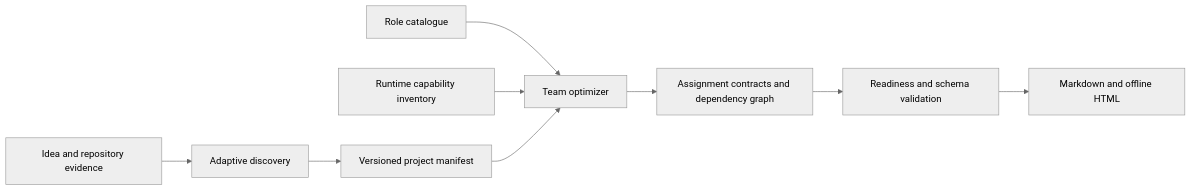
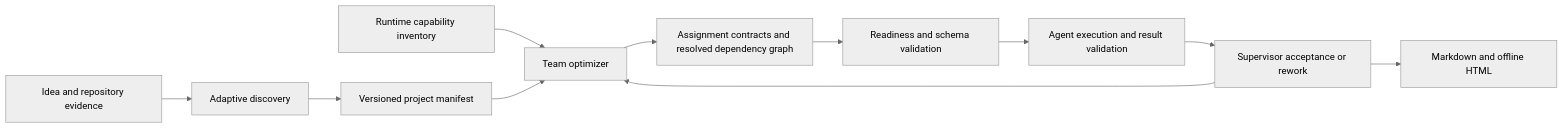
The diagram in references/architecture.md (trinadhthatakula/ProjectForge), drawn with Mermaid (neutral theme) before and after one commit. The commit also changed other lines of this file and 17 other files, not shown here.

````diff
--- a/references/architecture.md
+++ b/references/architecture.md
@@ -22,11 +22,13 @@
 ```mermaid
 flowchart LR
   I[Idea and repository evidence] --> D[Adaptive discovery]
   D --> M[Versioned project manifest]
   R[Role catalogue] --> T[Team optimizer]
   C[Runtime capability inventory] --> T
   M --> T
-  T --> A[Assignment contracts and dependency graph]
+  T --> A[Assignment contracts and resolved dependency graph]
   A --> V[Readiness and schema validation]
-  V --> G[Markdown and offline HTML]
+  V --> X[Agent execution and result validation]
+  X --> R[Supervisor acceptance or rework]
+  R --> G[Markdown and offline HTML]
 ```
````
